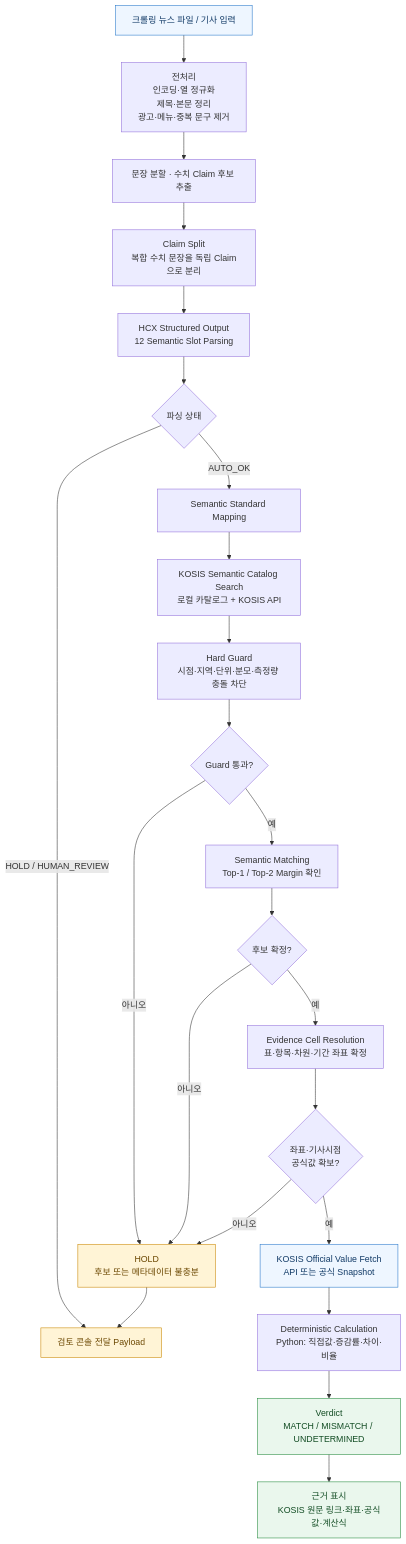
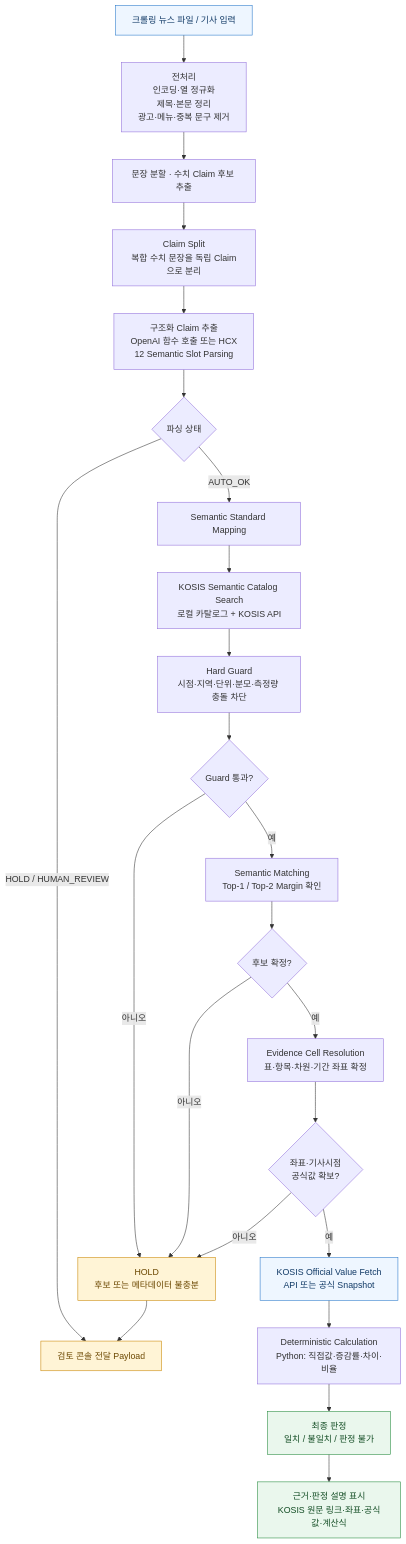
One commit to jjttuk7-bit/clafact-auto changed the diagram in README.md. Above: the diagram before and after it, drawn with Mermaid. The commit also changed other lines of this file, not shown here.

Commit message:
docs: update README for current verification flow

````diff
--- a/README.md
+++ b/README.md
@@ -33,32 +33,32 @@
 ```mermaid
 flowchart TD
     A[크롤링 뉴스 파일 / 기사 입력] --> B[전처리<br/>인코딩·열 정규화<br/>제목·본문 정리<br/>광고·메뉴·중복 문구 제거]
     B --> C[문장 분할 · 수치 Claim 후보 추출]
     C --> D[Claim Split<br/>복합 수치 문장을 독립 Claim으로 분리]
-    D --> E[HCX Structured Output<br/>12 Semantic Slot Parsing]
+    D --> E[구조화 Claim 추출<br/>OpenAI 함수 호출 또는 HCX<br/>12 Semantic Slot Parsing]
     E --> F{파싱 상태}
     F -->|AUTO_OK| G[Semantic Standard Mapping]
     F -->|HOLD / HUMAN_REVIEW| R[검토 콘솔 전달 Payload]
     G --> H[KOSIS Semantic Catalog Search<br/>로컬 카탈로그 + KOSIS API]
     H --> I[Hard Guard<br/>시점·지역·단위·분모·측정량 충돌 차단]
     I --> J{Guard 통과?}
     J -->|아니오| K[HOLD<br/>후보 또는 메타데이터 불충분]
     J -->|예| L[Semantic Matching<br/>Top-1 / Top-2 Margin 확인]
     L --> M{후보 확정?}
     M -->|아니오| K
     M -->|예| N[Evidence Cell Resolution<br/>표·항목·차원·기간 좌표 확정]
     N --> O{좌표·기사시점<br/>공식값 확보?}
     O -->|아니오| K
     O -->|예| P[KOSIS Official Value Fetch<br/>API 또는 공식 Snapshot]
     P --> Q[Deterministic Calculation<br/>Python: 직접값·증감률·차이·비율]
-    Q --> S[Verdict<br/>MATCH / MISMATCH / UNDETERMINED]
+    Q --> S[최종 판정<br/>일치 / 불일치 / 판정 불가]
     K --> R
-    S --> T[근거 표시<br/>KOSIS 원문 링크·좌표·공식값·계산식]
+    S --> T[근거·판정 설명 표시<br/>KOSIS 원문 링크·좌표·공식값·계산식]
 
     classDef external fill:#eef6ff,stroke:#2677c9,color:#113a66;
     classDef safe fill:#fff4d6,stroke:#c98600,color:#6b4700;
     classDef result fill:#eaf7ed,stroke:#248a3d,color:#134d24;
     class A,P external;
     class K,R safe;
     class S,T result;
 ```
````
